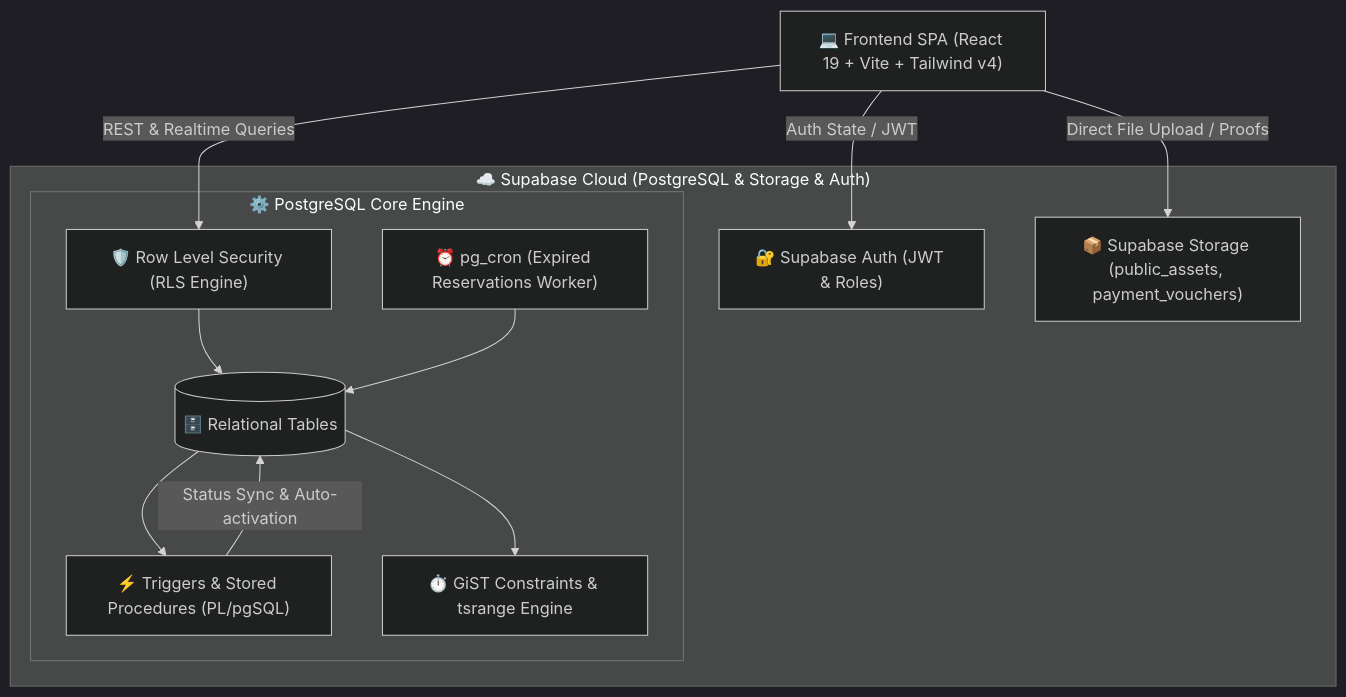
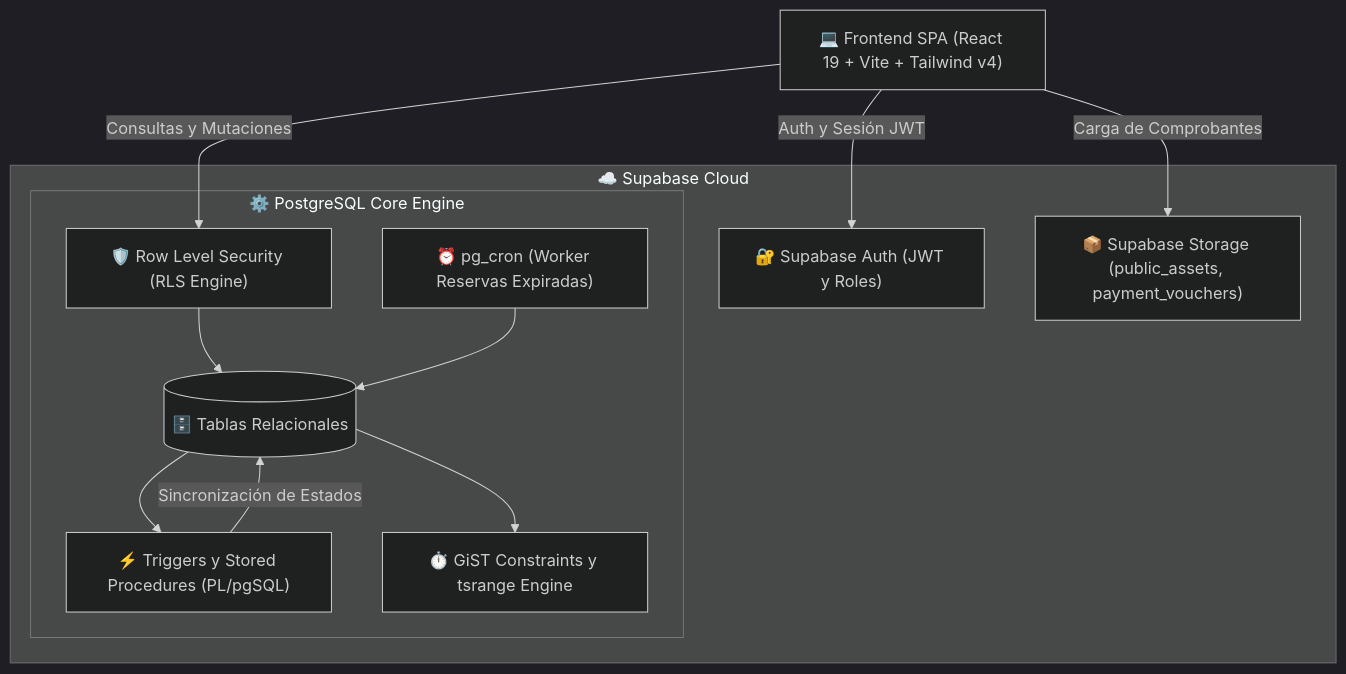
Before and after one commit to mariocrdev/reservaciones_sys: the first of 3 diagrams in README.md, drawn with Mermaid (dark theme). The commit also changed other lines of this file, not shown here.

Commit message:
feat: update diagrams and terminology in README for clarity and consistency

````diff
--- a/README.md
+++ b/README.md
@@ -41,26 +41,26 @@
 ```mermaid
-graph TD
+flowchart TD
     Client["💻 Frontend SPA (React 19 + Vite + Tailwind v4)"]
-    
-    subgraph Supabase["☁️ Supabase Cloud (PostgreSQL & Storage & Auth)"]
-        Auth["🔐 Supabase Auth (JWT & Roles)"]
+
+    subgraph Supabase ["☁️ Supabase Cloud"]
+        Auth["🔐 Supabase Auth (JWT y Roles)"]
         Storage["📦 Supabase Storage (public_assets, payment_vouchers)"]
-        
-        subgraph DBEngine["⚙️ PostgreSQL Core Engine"]
-            Tables[("🗄️ Relational Tables")]
+
+        subgraph DBEngine ["⚙️ PostgreSQL Core Engine"]
+            Tables[("🗄️ Tablas Relacionales")]
             RLS["🛡️ Row Level Security (RLS Engine)"]
-            Triggers["⚡ Triggers & Stored Procedures (PL/pgSQL)"]
-            GiST["⏱️ GiST Constraints & tsrange Engine"]
-            Cron["⏰ pg_cron (Expired Reservations Worker)"]
+            Triggers["⚡ Triggers y Stored Procedures (PL/pgSQL)"]
+            GiST["⏱️ GiST Constraints y tsrange Engine"]
+            Cron["⏰ pg_cron (Worker Reservas Expiradas)"]
         end
     end
 
-    Client -->|Auth State / JWT| Auth
-    Client -->|REST & Realtime Queries| RLS
-    Client -->|Direct File Upload / Proofs| Storage
+    Client -->|Auth y Sesión JWT| Auth
+    Client -->|Consultas y Mutaciones| RLS
+    Client -->|Carga de Comprobantes| Storage
     RLS --> Tables
     Tables --> Triggers
     Tables --> GiST
     Cron --> Tables
-    Triggers -->|Status Sync & Auto-activation| Tables
+    Triggers -->|Sincronización de Estados| Tables
 ```
````
